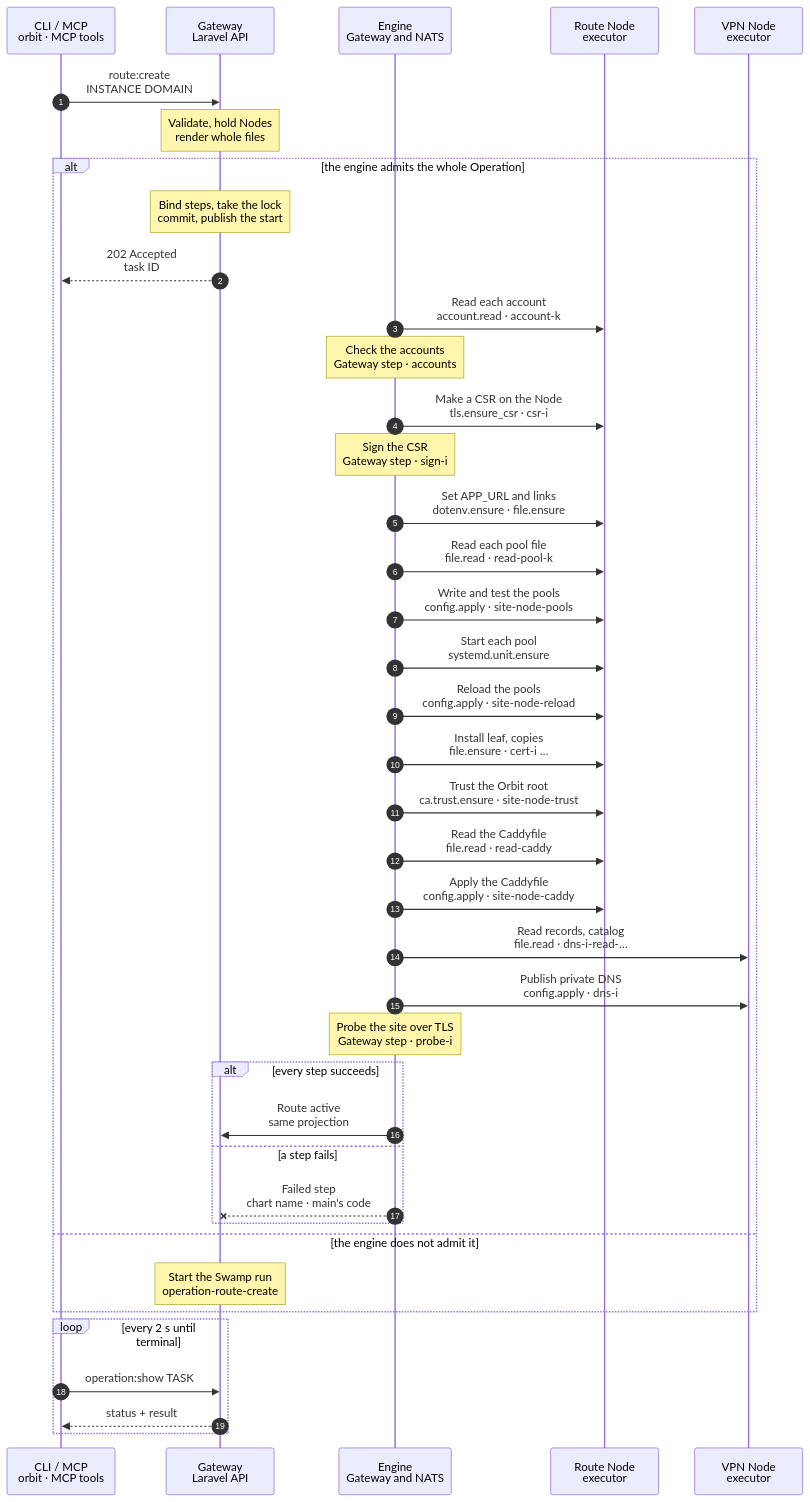
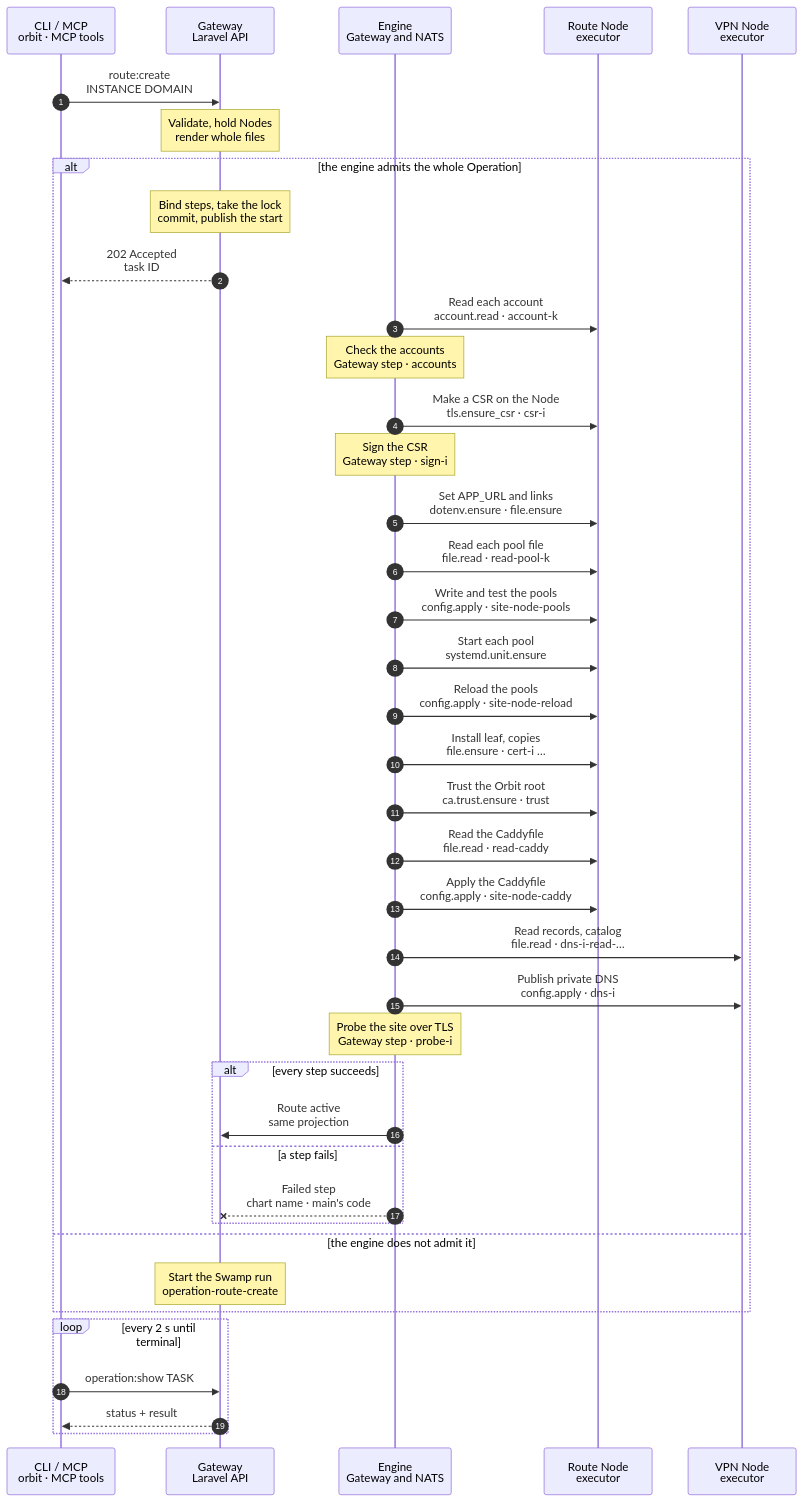
The diagram in docs/cli/route/engine/create.mmd (hardimpactdev/orbit), drawn with Mermaid before and after one commit. The commit also changed 5 other files, not shown here.

First line of the commit message:
ORB-6352: admission-digest DNS guard, any NSS account with one home spelling, CA rotation

```diff
--- a/docs/cli/route/engine/create.mmd
+++ b/docs/cli/route/engine/create.mmd
@@ -1,78 +1,78 @@
 sequenceDiagram
   %% route.create on the Gateway engine: the steps of route/create.mmd (workflow operation-route-create) as host catalogue primitives composed in the Gateway (RouteEngineFlow, RouteHostSteps). ADR 0271, Routes rewrite PR B (ORB-6352).
   %% Pending A4: Caddy's recursive access needs posix.acl.ensure with `scope: tree`; a Route with access rows runs on Swamp until it lands.
   %% status: draft
   %% command: route:create
   %% kind: route.create
   autonumber
   %% lane CLI icon=terminal pill=caller tone=gray
   %% lane GW icon=gateway pill=intent tone=blue
   %% lane EN icon=workflow pill=engine tone=purple
   %% lane N icon=server pill=executor tone=amber
   %% lane V icon=server pill=executor tone=green
   participant CLI as CLI / MCP<br/>orbit · MCP tools
   participant GW as Gateway<br/>Laravel API
   participant EN as Engine<br/>Gateway and NATS
   participant N as Route Node<br/>executor
   participant V as VPN Node<br/>executor
   CLI->>GW: route:create<br/>INSTANCE DOMAIN
   Note over GW: Validate, hold Nodes<br/>render whole files
   %%> Same guards and admitted plan as route/create.mmd (`route_create`, NativeRouteCreatePlan)
   %%> The publication hold covers every Node of the plan: site and leaf Nodes and each VPN Node with DNS work, from the reads to the guarded writes, also after an admission wait (RoutePublicationHolds)
   %%> Each account the Node's steps write for is read on the Node first (`account.read`): home, primary group and gid by NSS; pools are rendered with the group's name
   alt the engine admits the whole Operation
     %%> Admission, one decision per Operation (EngineKinds::routes):
     %%> - `route.create` is in `ORBIT_ENGINE_KINDS`, and every Node a step touches reports each step's primitive in `$KV.NODES` (the `host` family with `account.read`, agent 0.37.0), with `tls.csr_input` on the leaf Node; every build with the host family has file.ensure `source_path`, so the key copy needs no feature
     %%> - the flow accepts the plan shape; an Ingress edge, a LAN rule, a production `.env`, awake markers, Caddy access rows, or a pool outside the two pool kinds throws `EngineUnsupported`
     %%> - the kind's own admission (RouteEngineFlow::admit) also refuses a Route with Caddy access rows, and a Node with work that lacks one host primitive, or a leaf Node that lacks `tls.csr_input`
     %%> - production never moves: a site or leaf Node that is not an app-dev Node (app-prod, unclassified, no role), a DNS Node without the vpn role, a target Instance outside development, or an intent with a production placement or `production_control` keeps the whole Operation on Swamp
     Note over GW: Bind steps, take the lock<br/>commit, publish the start
     GW-->>CLI: 202 Accepted<br/>task ID
     EN->>N: Read each account<br/>account.read · account-k
     %%> First, on each site Node: the Node's account (leaf copies, pools) and each other link owner; the recorded answer keeps a retry byte for byte, and its canonical `user` owns the account's files
     Note over EN: Check the accounts<br/>Gateway step · accounts
     %%> An account NSS does not resolve now (`absent`) refuses here, before any request, so nothing has changed; the step is the Node's site step, so the Route records `route.publish_failed`
     EN->>N: Make a CSR on the Node<br/>tls.ensure_csr · csr-i
     %%> The Gateway sends the folder, its root:caddy owner, modes 0750 and 0640, and the subject; the key never leaves the Node
     Note over EN: Sign the CSR<br/>Gateway step · sign-i
     %%> As `operation:direct:certificate-sign`; a pending cancel refuses
     EN->>N: Set APP_URL and links<br/>dotenv.ensure · file.ensure
     %%> `site-node-url-k`: the last `APP_URL=` line of an existing `.env` that the account owns, replaced or appended; `site-node-link-k`: a release link owned by its account
     EN->>N: Read each pool file<br/>file.read · read-pool-k
     %%> One path, read only: absent, or present with its type, owner, mode and, for a regular file, its SHA-256; never its content. The step records the answer
     EN->>N: Write and test the pools<br/>config.apply · site-node-pools
     %%> Under `/etc/caddy/.orbit-publish.lock`: each pool rendered whole with the account's group and home, root:root 0644, with the digest its read recorded as `from_sha256` (none when absent); `php-fpm` validators from the fixed list; a failed test restores the files
     EN->>N: Start each pool<br/>systemd.unit.ensure
     EN->>N: Reload the pools<br/>config.apply · site-node-reload
     %%> The same files with the digest of the bytes the install left as their guard, so it writes nothing and refuses a change made since; validators, then each pool unit reloads on every run, as route.publish_site did
     EN->>N: Install leaf, copies<br/>file.ensure · cert-i …
     %%> `cert-i`: the signed leaf, root:caddy 0644; `current-i`: the version link; `folder-i`: the account copy's folder, root 0755 as `install -D` made it; `key-i`: the key copied on the Node (`source_path`), account 0600; `copy-i`: the leaf, account 0600; `copylink-i`: the account's version link
-    EN->>N: Trust the Orbit root<br/>ca.trust.ensure · site-node-trust
-    %%> Named after the root's fingerprint (`orbit-managed-root-ca-<16 hex>.crt`), so a new root gets its own name and hash link; an old root stays until the Gateway knows it (follow-up)
-    %%> `orbit-managed-root-ca.crt`, root:root 0644; the plain `update-ca-certificates` runs after a change
+    EN->>N: Trust the Orbit root<br/>ca.trust.ensure · trust
+    %%> `read-trust` reads the fixed CA file `orbit-managed-root-ca.crt`, which existing TLS probes use; on a rotation (it holds another root) `untrust` removes that root's source, named after the SHA-256 of its PEM; `cafile` writes the new root to the fixed file, root:root 0644; `trust` places the new root under `orbit-managed-root-ca-<16 hex>.crt` and runs the plain `update-ca-certificates` after a change; unrelated roots are never named
     EN->>N: Read the Caddyfile<br/>file.read · read-caddy
     EN->>N: Apply the Caddyfile<br/>config.apply · site-node-caddy
     %%> Under `/etc/caddy/.orbit-publish.lock`: the whole Caddyfile, root:caddy 0640, with the digest its read recorded; validated as `caddy`; Caddy reloads on every run; a failed validation or reload restores the file
     EN->>V: Read records, catalog<br/>file.read · dns-i-read-…
+    %%> The reads find a link in a file's place, which the unlink step removes first
     EN->>V: Publish private DNS<br/>config.apply · dns-i
-    %%> Beside the sites, after the signatures. Under `/run/lock/orbit-dnsmasq.lock`: records and catalog, root:root 0644, each with the digest its read recorded; the `dnsmasq` validator over `/etc/dnsmasq.conf` and `/etc/dnsmasq.d`; dnsmasq and the private DNS listener restart on every run
+    %%> Beside the sites, after the signatures. Under `/run/lock/orbit-dnsmasq.lock`: records and catalog, root:root 0644, each guarded by its admission digest, so a payload that went stale while the create waited refuses without writing (`private_dns.publication_failed`); a file already holding the payload is kept; the `dnsmasq` validator over `/etc/dnsmasq.conf` and `/etc/dnsmasq.d`; dnsmasq and the private DNS listener restart on every run
     Note over EN: Probe the site over TLS<br/>Gateway step · probe-i
     %%> After each Node's last site step: a TLS handshake by WireGuard address, trusting only the Orbit root
     %%> A read that finds a link in a file's place runs that file's unlink step (`file.ensure` absent, never following it), and the write then sends no guard; for any other read the unlink step is done without an order (EngineSkip)
     %%> Every config.apply input comes from the admitted plan and the recorded reads, so a resend carries the same bytes, the order's identity; each step has its own `recovery_dir` under `/var/lib/orbit/executor/config-recovery` (`pool-install`, `pool-reload`, `caddy`, `dns`)
     %%> The writes overwrite whatever the Node held at the read, as main's route.create did: a pool with a numeric gid or a catalog in another key order is replaced; the guard refuses only when a file changed between its read and its write, under the Node publication hold and the lock
     alt every step succeeds
       EN->>GW: Route active<br/>same projection
     else a step fails
       EN--xGW: Failed step<br/>chart name · main's code
       %%> A Node's site steps record `Install cert, publish site-<node>` with `route.publish_failed`; `dns-i` records `Publish private DNS-i` with `private_dns.publication_failed`, main's codes; a guard refusal records its chart step's code too, as main maps it
     end
   else the engine does not admit it
     Note over GW: Start the Swamp run<br/>operation-route-create
     %%> No step runs on the engine; an Operation never splits across engines
     %%> A Route with Caddy access rows runs here, with Swamp's recursive access, until A4 lands; PR D keeps the old actions until then
   end
   loop every 2 s until terminal
     CLI->>GW: operation:show TASK
     GW-->>CLI: status + result
   end
```
